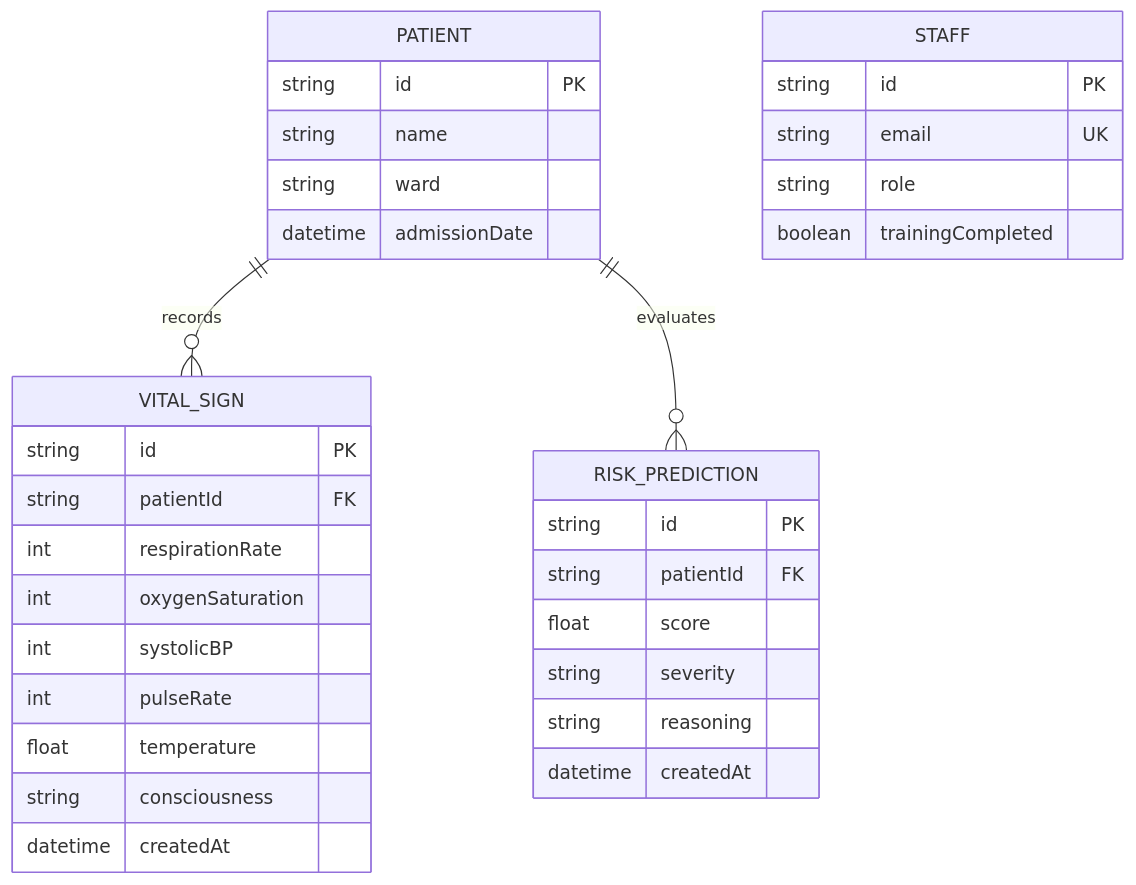
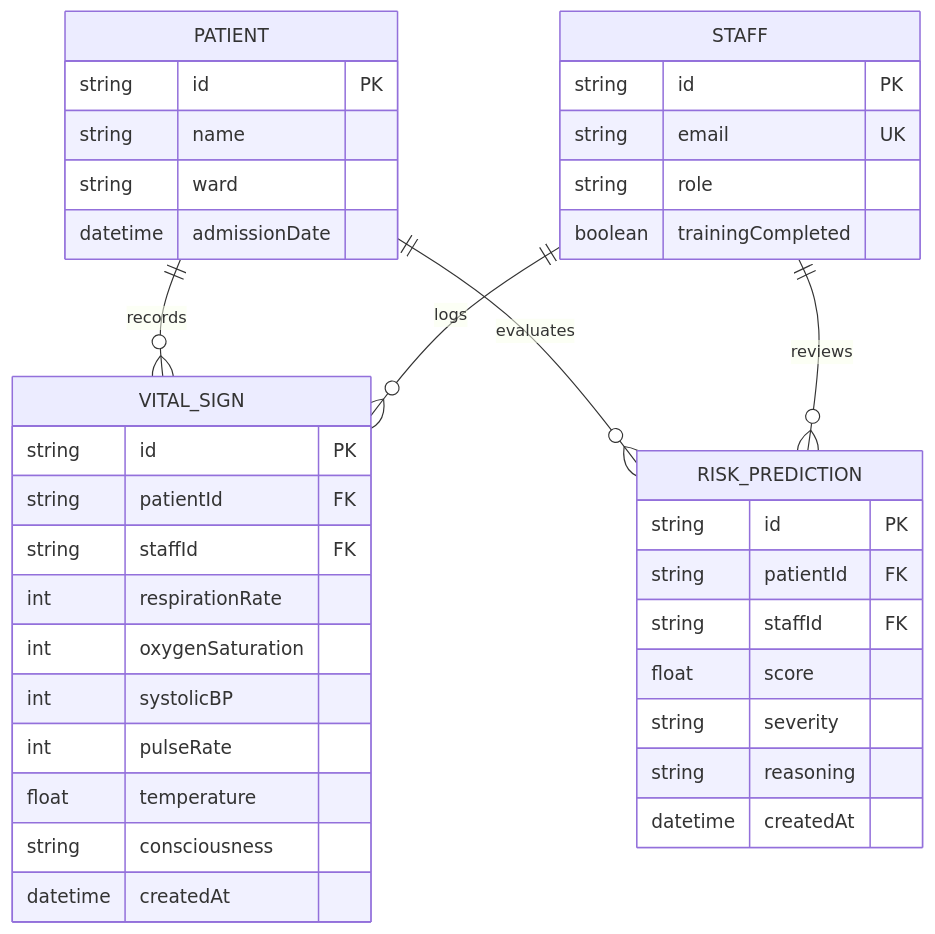
One commit to WAELTOUKEBRI/HealthSentinel changed the diagram in README.md. Above: the diagram before and after it, drawn with Mermaid. The commit also changed other lines of this file, not shown here.

First line of the commit message:
Enhance ER diagram with staffId for audit tracking

````diff
--- a/README.md
+++ b/README.md
@@ -196,36 +196,41 @@
 ```mermaid
 erDiagram
     PATIENT ||--o{ VITAL_SIGN : records
     PATIENT ||--o{ RISK_PREDICTION : evaluates
+    STAFF ||--o{ VITAL_SIGN : logs
+    STAFF ||--o{ RISK_PREDICTION : reviews
+
     PATIENT {
         string id PK
         string name
         string ward
         datetime admissionDate
     }
     VITAL_SIGN {
         string id PK
         string patientId FK
+        string staffId FK
         int respirationRate
         int oxygenSaturation
         int systolicBP
         int pulseRate
         float temperature
         string consciousness
         datetime createdAt
     }
     RISK_PREDICTION {
         string id PK
         string patientId FK
+        string staffId FK
         float score
         string severity
         string reasoning
         datetime createdAt
     }
     STAFF {
         string id PK
         string email UK
         string role
         boolean trainingCompleted
     }
 ```
````
